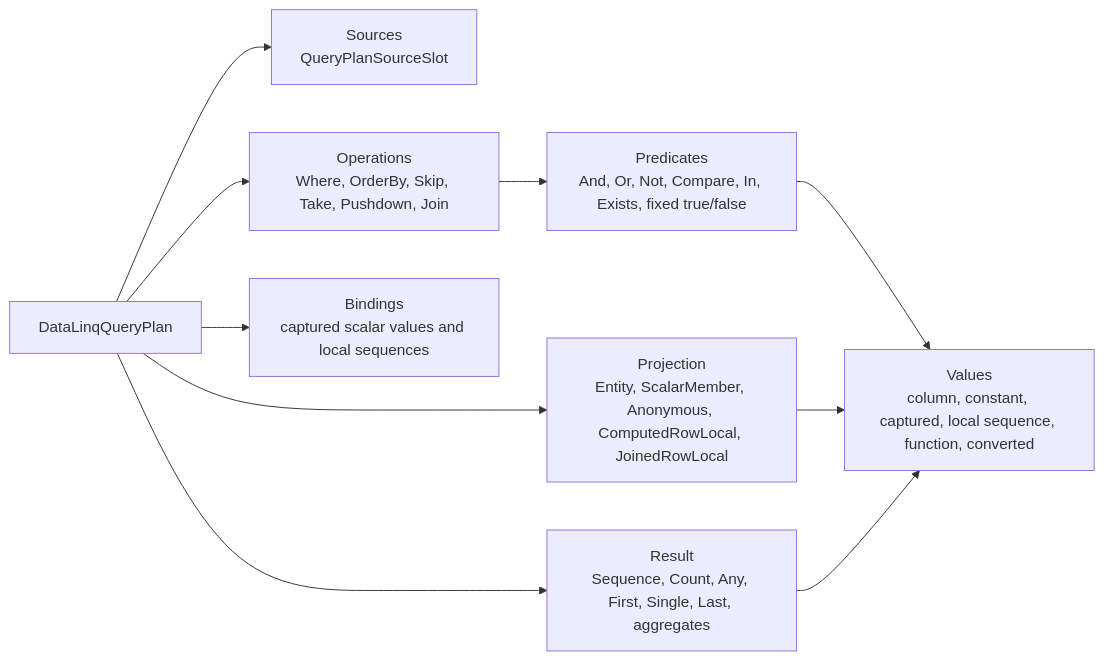
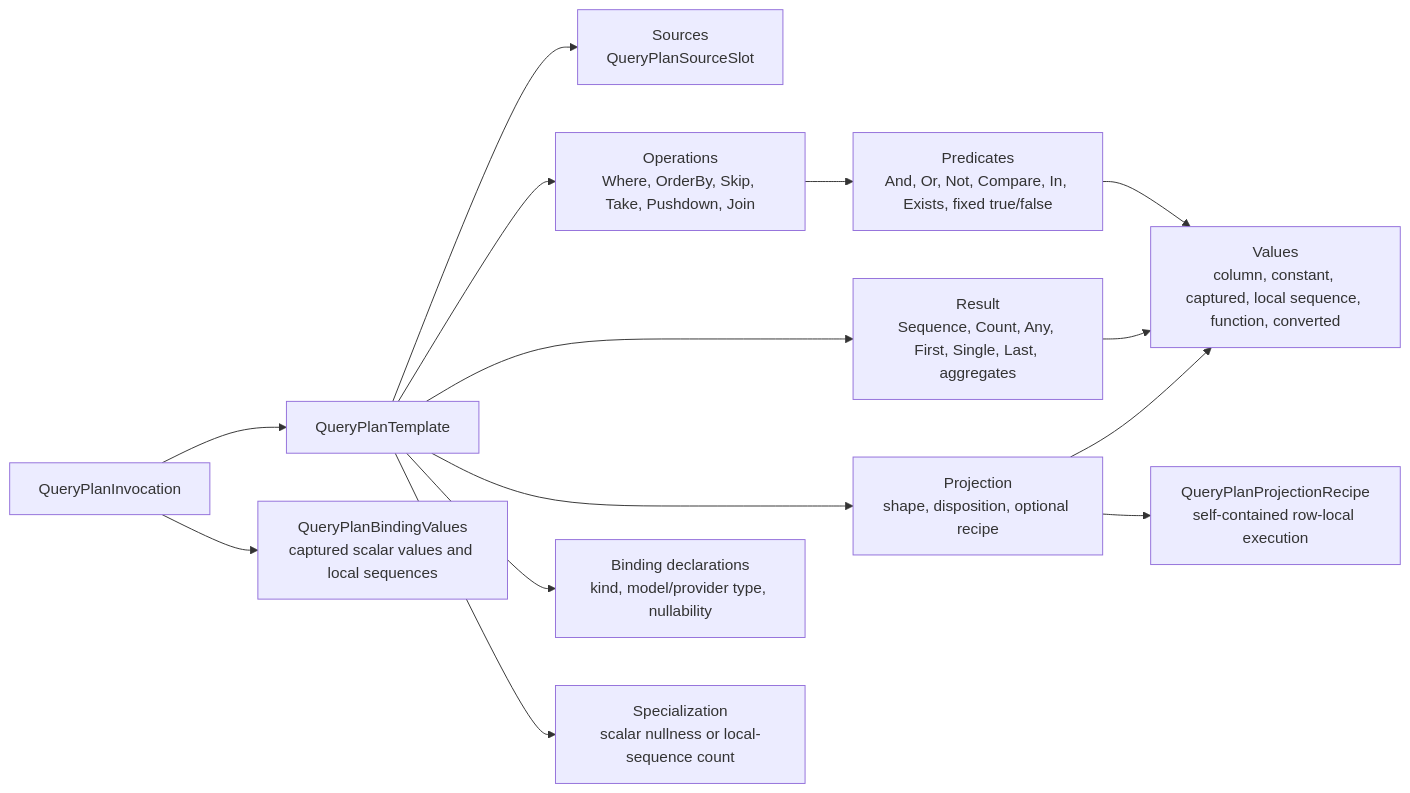
Before and after one commit to bazer/DataLinq: the second of 7 diagrams in docs/internals/LINQ Parser Architecture.md, drawn with Mermaid. The commit also changed other lines of this file and 29 other files, not shown here.

First line of the commit message:
Make query projections self-contained

````diff
--- a/docs/internals/LINQ Parser Architecture.md
+++ b/docs/internals/LINQ Parser Architecture.md
@@ -45,13 +50,17 @@
 ```mermaid
 flowchart LR
-    P["DataLinqQueryPlan"] --> S["Sources<br/>QueryPlanSourceSlot"]
-    P --> O["Operations<br/>Where, OrderBy, Skip, Take, Pushdown, Join"]
-    P --> R["Result<br/>Sequence, Count, Any, First, Single, Last, aggregates"]
-    P --> X["Projection<br/>Entity, ScalarMember, Anonymous, ComputedRowLocal, JoinedRowLocal"]
-    P --> B["Bindings<br/>captured scalar values and local sequences"]
+    I["QueryPlanInvocation"] --> T["QueryPlanTemplate"]
+    I --> BV["QueryPlanBindingValues<br/>captured scalar values and local sequences"]
+    T --> S["Sources<br/>QueryPlanSourceSlot"]
+    T --> O["Operations<br/>Where, OrderBy, Skip, Take, Pushdown, Join"]
+    T --> R["Result<br/>Sequence, Count, Any, First, Single, Last, aggregates"]
+    T --> X["Projection<br/>shape, disposition, optional recipe"]
+    T --> BD["Binding declarations<br/>kind, model/provider type, nullability"]
+    T --> SP["Specialization<br/>scalar nullness or local-sequence count"]
 
     O --> Q["Predicates<br/>And, Or, Not, Compare, In, Exists, fixed true/false"]
     Q --> V["Values<br/>column, constant, captured, local sequence, function, converted"]
     X --> V
+    X --> PR["QueryPlanProjectionRecipe<br/>self-contained row-local execution"]
     R --> V
 ```
````
